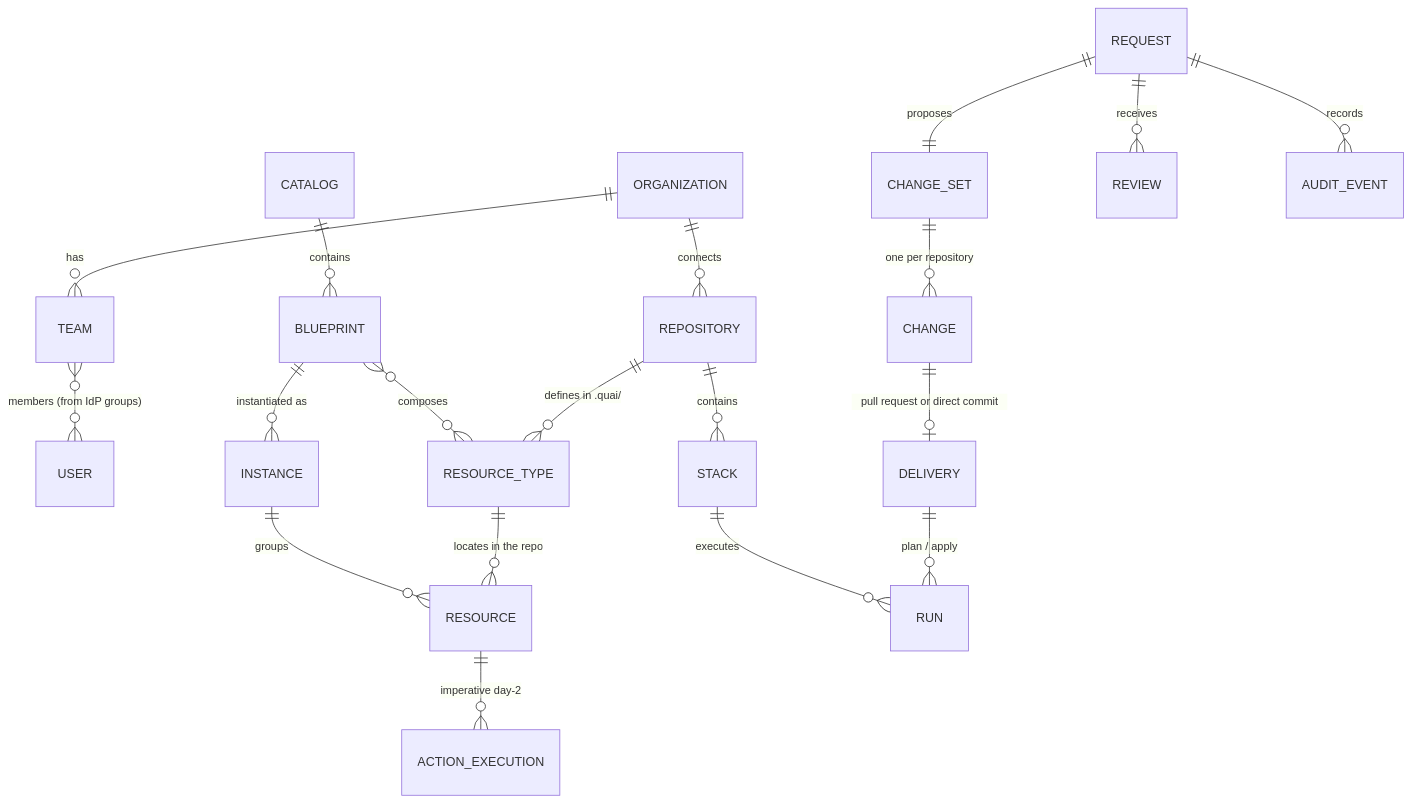
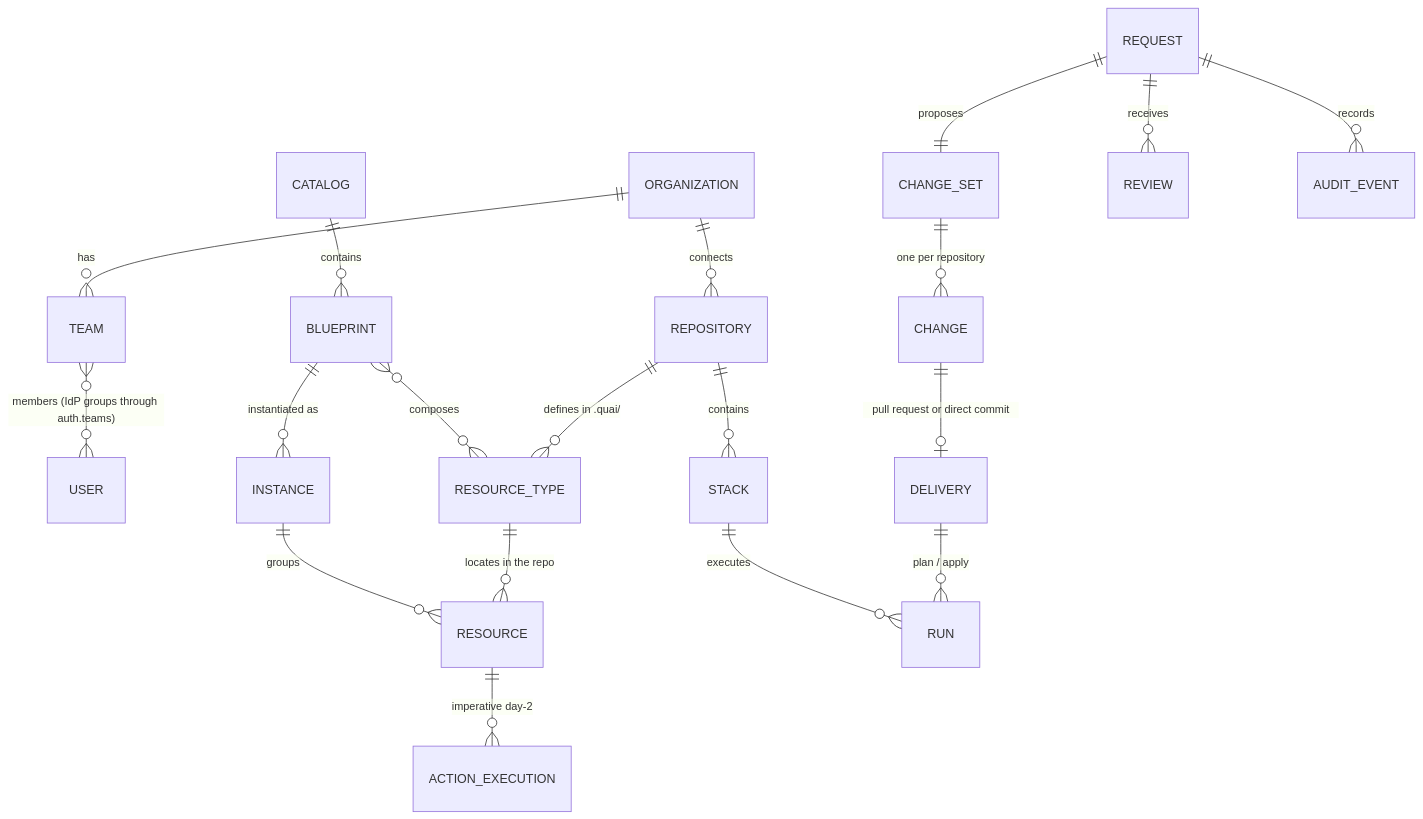
Before and after one commit to damhau/quai: the first of 2 diagrams in docs/architecture/domain-model.md, drawn with Mermaid. The commit also changed other lines of this file and 46 other files, not shown here.

First line of the commit message:
P4-04: directory of users, auth.teams and the access report (closes #141)

````diff
--- a/docs/architecture/domain-model.md
+++ b/docs/architecture/domain-model.md
@@ -7,21 +7,21 @@
 ```mermaid
 erDiagram
   ORGANIZATION ||--o{ TEAM : has
-  TEAM }o--o{ USER : "members (from IdP groups)"
+  TEAM }o--o{ USER : "members (IdP groups through auth.teams)"
   ORGANIZATION ||--o{ REPOSITORY : connects
   REPOSITORY ||--o{ RESOURCE_TYPE : "defines in .quai/"
   REPOSITORY ||--o{ STACK : contains
   RESOURCE_TYPE ||--o{ RESOURCE : "locates in the repo"
   CATALOG ||--o{ BLUEPRINT : contains
   BLUEPRINT }o--o{ RESOURCE_TYPE : composes
   BLUEPRINT ||--o{ INSTANCE : "instantiated as"
   INSTANCE ||--o{ RESOURCE : groups
   REQUEST ||--|| CHANGE_SET : proposes
   CHANGE_SET ||--o{ CHANGE : "one per repository"
   CHANGE ||--o| DELIVERY : "pull request or direct commit"
   REQUEST ||--o{ REVIEW : receives
   DELIVERY ||--o{ RUN : "plan / apply"
   STACK ||--o{ RUN : executes
   RESOURCE ||--o{ ACTION_EXECUTION : "imperative day-2"
   REQUEST ||--o{ AUDIT_EVENT : records
 ```
````
